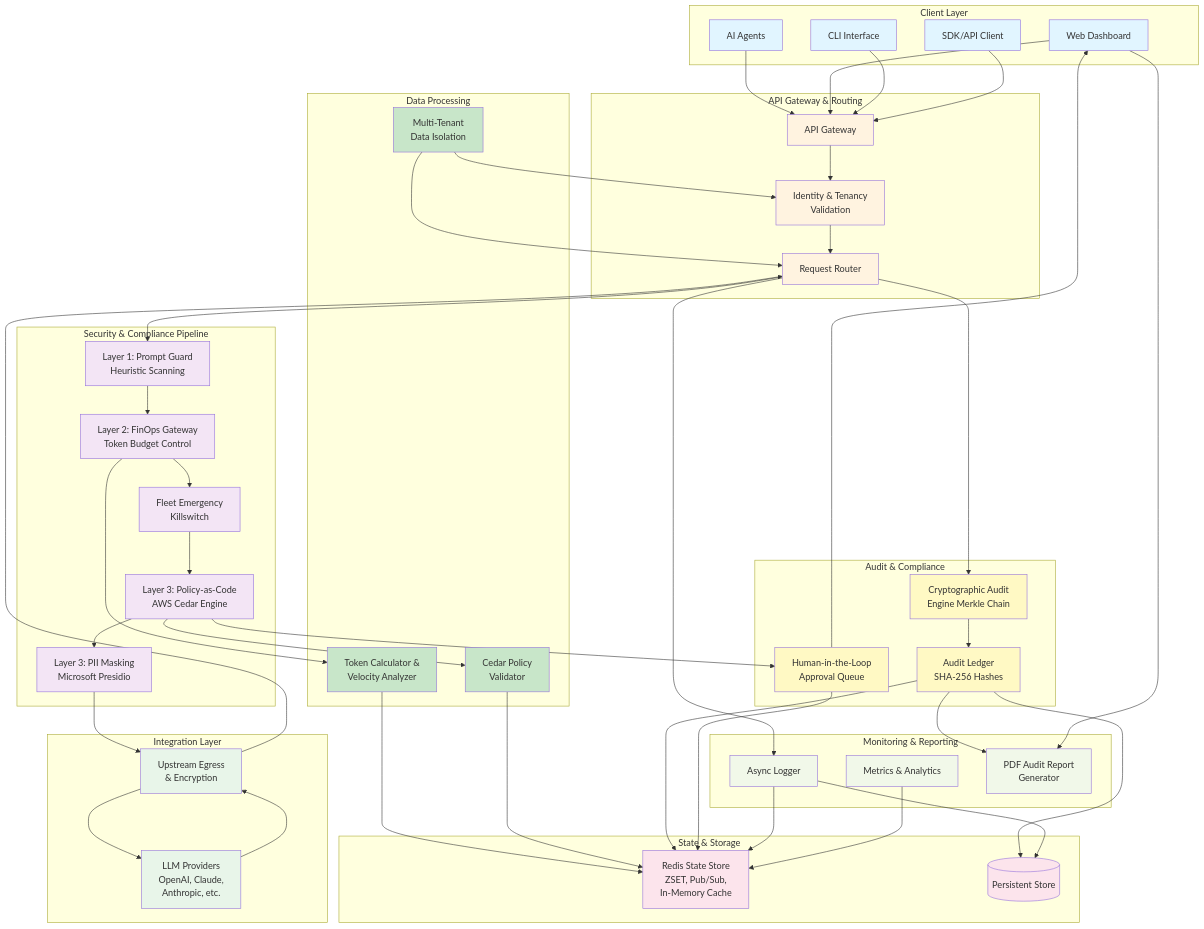
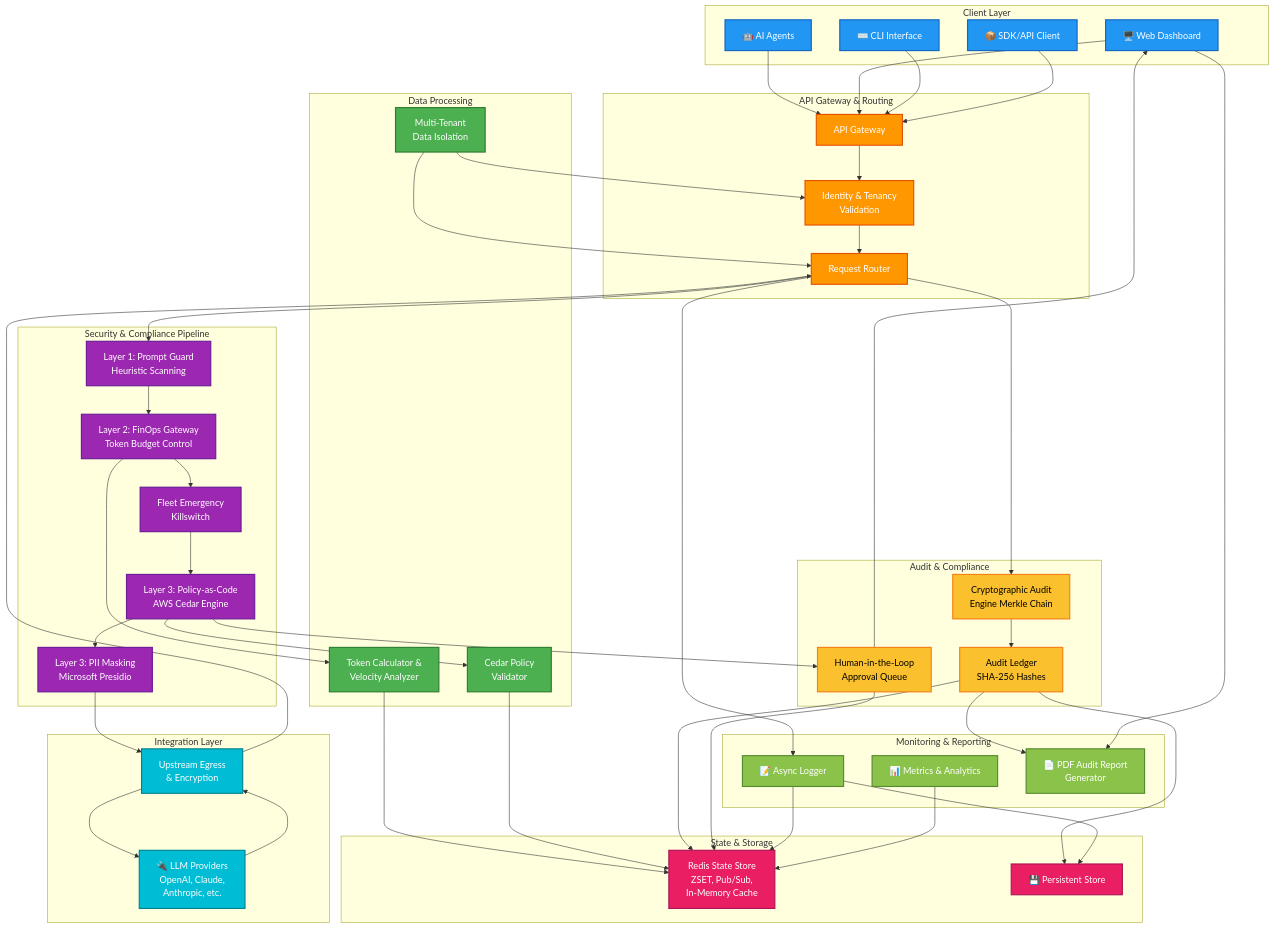
The diagram in ARCHITECTURE.md (kunalsingh286/AegisClaw), drawn with Mermaid before and after one commit.

Commit message:
Improve diagram text visibility with better colors and styling

````diff
--- a/ARCHITECTURE.md
+++ b/ARCHITECTURE.md
@@ -11,10 +11,10 @@
 ```mermaid
 graph TB
     subgraph "Client Layer"
-        Web["Web Dashboard"]
-        CLI["CLI Interface"]
-        SDK["SDK/API Client"]
-        AIAgents["AI Agents"]
+        Web["🖥️ Web Dashboard"]
+        CLI["⌨️ CLI Interface"]
+        SDK["📦 SDK/API Client"]
+        AIAgents["🤖 AI Agents"]
     end
 
     subgraph "API Gateway & Routing"
@@ -38,13 +38,13 @@
     end
 
     subgraph "Integration Layer"
-        LLMProviders["LLM Providers<br/>OpenAI, Claude,<br/>Anthropic, etc."]
+        LLMProviders["🔌 LLM Providers<br/>OpenAI, Claude,<br/>Anthropic, etc."]
         UpstreamProxy["Upstream Egress<br/>& Encryption"]
     end
 
     subgraph "State & Storage"
         Redis["Redis State Store<br/>ZSET, Pub/Sub,<br/>In-Memory Cache"]
-        Database[(Persistent Store)]
+        Database["💾 Persistent Store"]
     end
 
     subgraph "Audit & Compliance"
@@ -54,9 +54,9 @@
     end
 
     subgraph "Monitoring & Reporting"
-        Logger["Async Logger"]
-        Metrics["Metrics & Analytics"]
-        AuditReport["PDF Audit Report<br/>Generator"]
+        Logger["📝 Async Logger"]
+        Metrics["📊 Metrics & Analytics"]
+        AuditReport["📄 PDF Audit Report<br/>Generator"]
     end
 
     AIAgents --> Gateway
@@ -104,29 +104,21 @@
     AuditLedger --> AuditReport
     Web --> AuditReport
 
-    style Web fill:#e1f5ff
-    style CLI fill:#e1f5ff
-    style SDK fill:#e1f5ff
-    style AIAgents fill:#e1f5ff
-    style Gateway fill:#fff3e0
-    style Auth fill:#fff3e0
-    style RoutingEngine fill:#fff3e0
-    style PromptGuard fill:#f3e5f5
-    style FinOps fill:#f3e5f5
-    style KillSwitch fill:#f3e5f5
-    style PolicyEngine fill:#f3e5f5
-    style PIIEngine fill:#f3e5f5
-    style TenantIsolation fill:#c8e6c9
-    style TokenCalculator fill:#c8e6c9
-    style PolicyValidator fill:#c8e6c9
-    style LLMProviders fill:#e8f5e9
-    style UpstreamProxy fill:#e8f5e9
-    style Redis fill:#fce4ec
-    style Database fill:#fce4ec
-    style AuditEngine fill:#fff9c4
-    style AuditLedger fill:#fff9c4
-    style HumanInLoop fill:#fff9c4
-    style Logger fill:#f1f8e9
-    style Metrics fill:#f1f8e9
-    style AuditReport fill:#f1f8e9
+    classDef clientStyle fill:#2196F3,stroke:#1565C0,stroke-width:2px,color:#fff
+    classDef gatewayStyle fill:#FF9800,stroke:#E65100,stroke-width:2px,color:#fff
+    classDef securityStyle fill:#9C27B0,stroke:#6A1B9A,stroke-width:2px,color:#fff
+    classDef processingStyle fill:#4CAF50,stroke:#2E7D32,stroke-width:2px,color:#fff
+    classDef integrationStyle fill:#00BCD4,stroke:#00838F,stroke-width:2px,color:#fff
+    classDef storageStyle fill:#E91E63,stroke:#AD1457,stroke-width:2px,color:#fff
+    classDef auditStyle fill:#FBC02D,stroke:#F57F17,stroke-width:2px,color:#000
+    classDef monitorStyle fill:#8BC34A,stroke:#558B2F,stroke-width:2px,color:#fff
+
+    class Web,CLI,SDK,AIAgents clientStyle
+    class Gateway,Auth,RoutingEngine gatewayStyle
+    class PromptGuard,FinOps,KillSwitch,PolicyEngine,PIIEngine securityStyle
+    class TenantIsolation,TokenCalculator,PolicyValidator processingStyle
+    class LLMProviders,UpstreamProxy integrationStyle
+    class Redis,Database storageStyle
+    class AuditEngine,AuditLedger,HumanInLoop auditStyle
+    class Logger,Metrics,AuditReport monitorStyle
 ```
````
